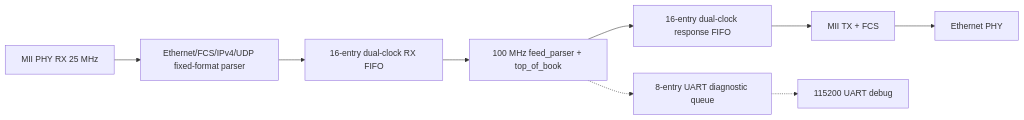
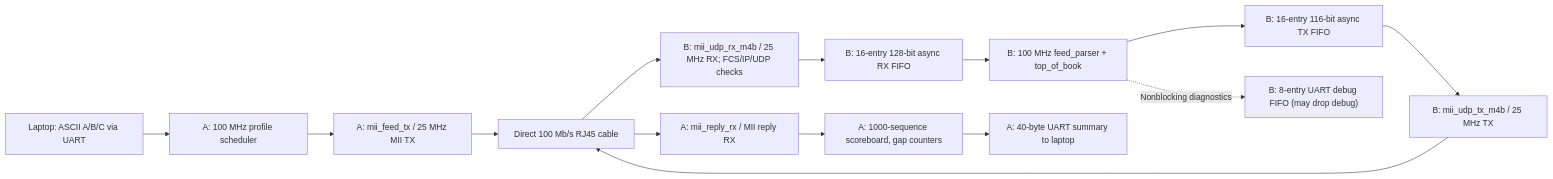
One commit to msamie-elec/FPGA-low-latency-ethernet changed the diagram in docs/ARCHITECTURE_V1.md. Above: the diagram before and after it, drawn with Mermaid. The commit also changed other lines of this file, not shown here.

Commit message:
docs: consolidate verified system architecture and exact HDL/source tree

````diff
--- a/docs/ARCHITECTURE_V1.md
+++ b/docs/ARCHITECTURE_V1.md
@@ -18,11 +39,16 @@
 ```mermaid
 flowchart LR
-  PHY[MII PHY RX 25 MHz] --> PARSE[Ethernet/FCS/IPv4/UDP fixed-format parser]
-  PARSE --> RX[16-entry dual-clock RX FIFO]
-  RX --> CORE[100 MHz feed_parser + top_of_book]
-  CORE --> TX[16-entry dual-clock response FIFO]
-  TX --> MAC[MII TX + FCS]
-  MAC --> PHYTX[Ethernet PHY]
-  CORE -.-> DBG[8-entry UART diagnostic queue]
-  DBG -.-> UART[115200 UART debug]
+  H["Laptop: ASCII A/B/C via UART"] --> CS["A: 100 MHz profile scheduler"]
+  CS --> FT["A: mii_feed_tx / 25 MHz MII TX"]
+  FT --> LINK["Direct 100 Mb/s RJ45 cable"]
+  LINK --> RX["B: mii_udp_rx_m4b / 25 MHz RX; FCS/IP/UDP checks"]
+  RX --> RF["B: 16-entry 128-bit async RX FIFO"]
+  RF --> CORE["B: 100 MHz feed_parser + top_of_book"]
+  CORE --> TF["B: 16-entry 116-bit async TX FIFO"]
+  TF --> TX["B: mii_udp_tx_m4b / 25 MHz TX"]
+  TX --> LINK
+  LINK --> ARX["A: mii_reply_rx / MII reply RX"]
+  ARX --> SCORE["A: 1000-sequence scoreboard, gap counters"]
+  SCORE --> OUT["A: 40-byte UART summary to laptop"]
+  CORE -. "Nonblocking diagnostics" .-> DBG["B: 8-entry UART debug FIFO (may drop debug)"]
 ```
````
